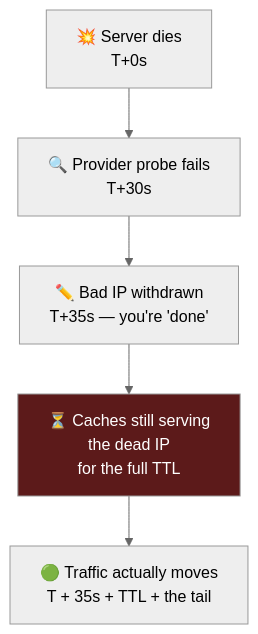
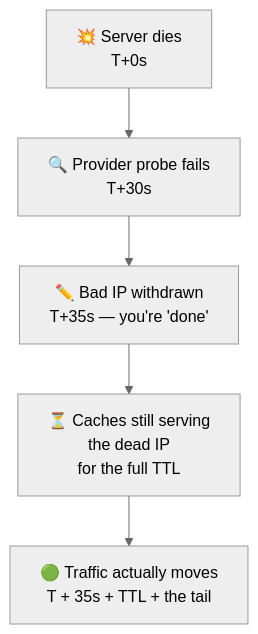
The sixth of 9 diagrams in 03-networking/01-dns/README.md (muhammedsiinanmp/system-design-mastery), drawn with Mermaid (neutral theme) before and after one commit. The commit also changed other lines of this file, not shown here.

Commit message:
docs(networking): drop mermaid style directives for house consistency

````diff
--- a/03-networking/01-dns/README.md
+++ b/03-networking/01-dns/README.md
@@ -378,8 +377,7 @@
 ```mermaid
 flowchart TD
     Dead["💥 Server dies<br/>T+0s"] --> Detect["🔍 Provider probe fails<br/>T+30s"]
     Detect --> Pull["✏️ Bad IP withdrawn<br/>T+35s — you're 'done'"]
     Pull --> Wait["⏳ Caches still serving<br/>the dead IP<br/>for the full TTL"]
     Wait --> Real["🟢 Traffic actually moves<br/>T + 35s + TTL + the tail"]
-    style Wait fill:#5c1a1a,color:#fff
 ```
````
